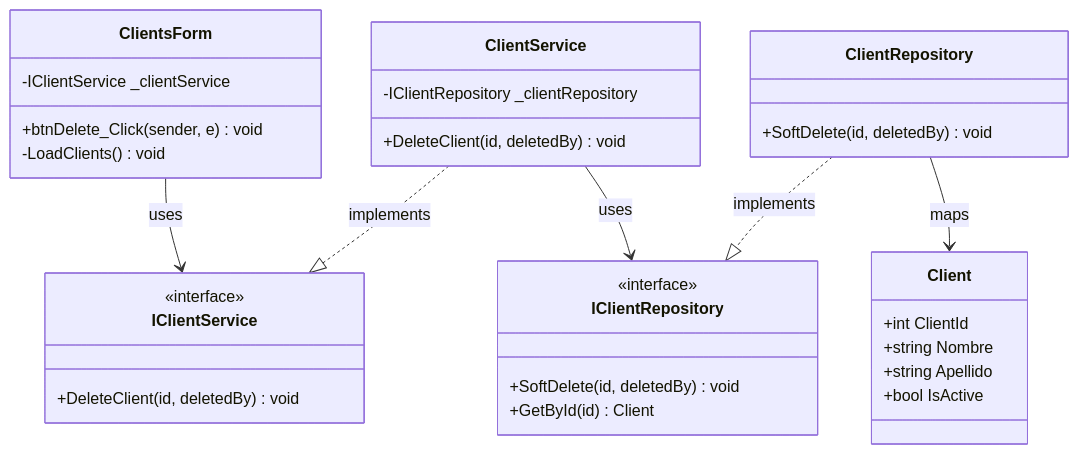
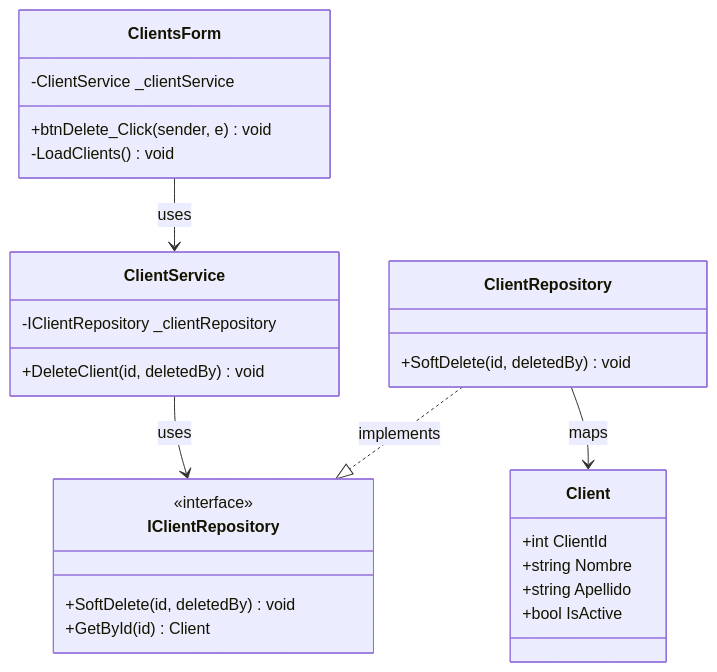
One commit to nahuk86/tp_diploma_nk_2026 changed the third of 12 diagrams in Documentation/UML_Diagrams/17_Clients_UseCases.md. Above: the diagram before and after it, drawn with Mermaid. The commit also changed other lines of this file and 5 other files, not shown here.

First line of the commit message:
Fix UML documentation: remove non-existent BLL service interfaces

````diff
--- a/Documentation/UML_Diagrams/17_Clients_UseCases.md
+++ b/Documentation/UML_Diagrams/17_Clients_UseCases.md
@@ -124,41 +114,36 @@
 ```mermaid
 classDiagram
     class ClientsForm {
-        -IClientService _clientService
+        -ClientService _clientService
         +btnDelete_Click(sender, e) void
         -LoadClients() void
     }
 
-    class IClientService {
-        <<interface>>
-        +DeleteClient(id, deletedBy) void
-    }
 
     class ClientService {
         -IClientRepository _clientRepository
         +DeleteClient(id, deletedBy) void
     }
 
     class IClientRepository {
         <<interface>>
         +SoftDelete(id, deletedBy) void
         +GetById(id) Client
     }
 
     class ClientRepository {
         +SoftDelete(id, deletedBy) void
     }
 
     class Client {
         +int ClientId
         +string Nombre
         +string Apellido
         +bool IsActive
     }
 
-    ClientsForm --> IClientService : uses
-    ClientService ..|> IClientService : implements
+    ClientsForm --> ClientService : uses
     ClientService --> IClientRepository : uses
     ClientRepository ..|> IClientRepository : implements
     ClientRepository --> Client : maps
 ```
````
